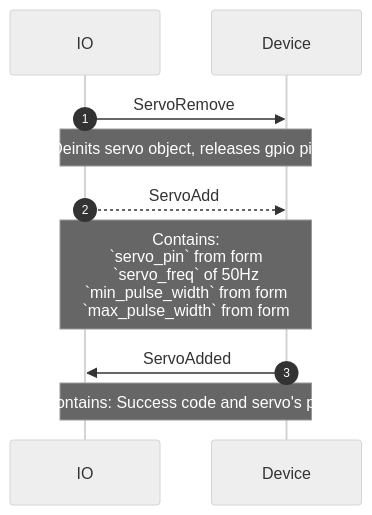
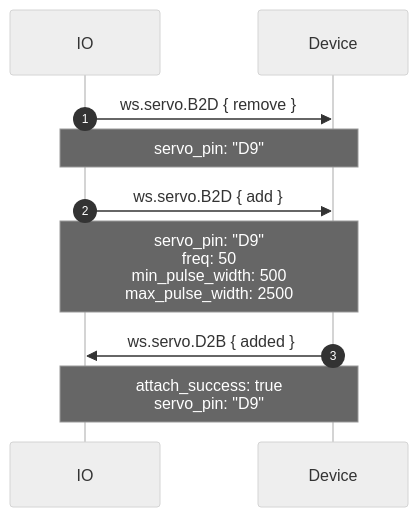
The third of 5 diagrams in proto/wippersnapper/docs/servo.md (adafruit/Wippersnapper_Protobuf), drawn with Mermaid (neutral theme) before and after one commit. The commit also changed other lines of this file and 10 other files, not shown here.

````diff
--- a/proto/wippersnapper/docs/servo.md
+++ b/proto/wippersnapper/docs/servo.md
@@ -39,11 +68,13 @@
 ```mermaid
 sequenceDiagram
 autonumber
 
-IO->>Device: ServoRemove
-Note over IO, Device: Deinits servo object, releases gpio pin
-IO-->>Device: ServoAdd
-Note over IO, Device: Contains:<br> `servo_pin` from form<br>`servo_freq` of 50Hz<br> `min_pulse_width` from form <br> `max_pulse_width` from form
-Device->>IO: ServoAdded
-Note over IO, Device: Contains: Success code and servo's pin
+IO->>Device: ws.servo.B2D { remove }
+Note over IO, Device: servo_pin: "D9"
+
+IO->>Device: ws.servo.B2D { add }
+Note over IO, Device: servo_pin: "D9"<br/>freq: 50<br/>min_pulse_width: 500<br/>max_pulse_width: 2500
+
+Device->>IO: ws.servo.D2B { added }
+Note over IO, Device: attach_success: true<br/>servo_pin: "D9"
 ```
````
